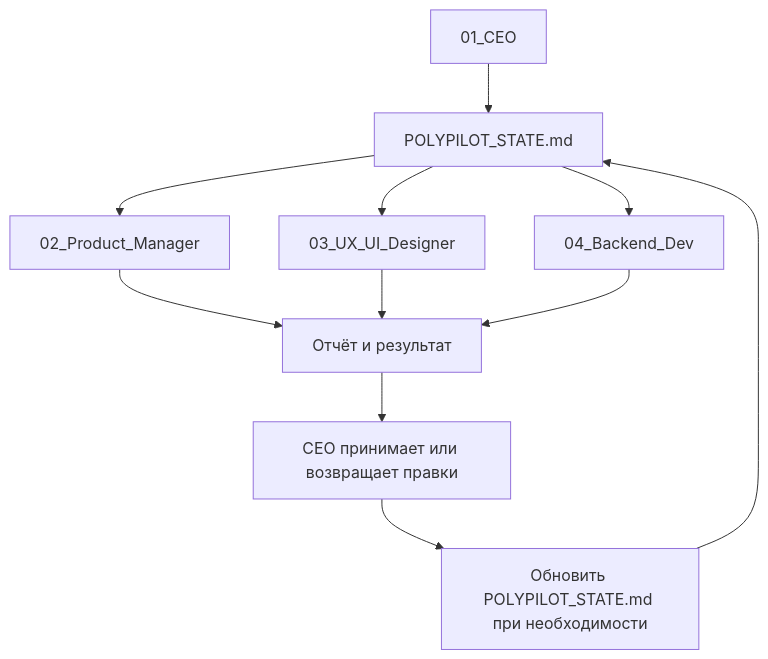
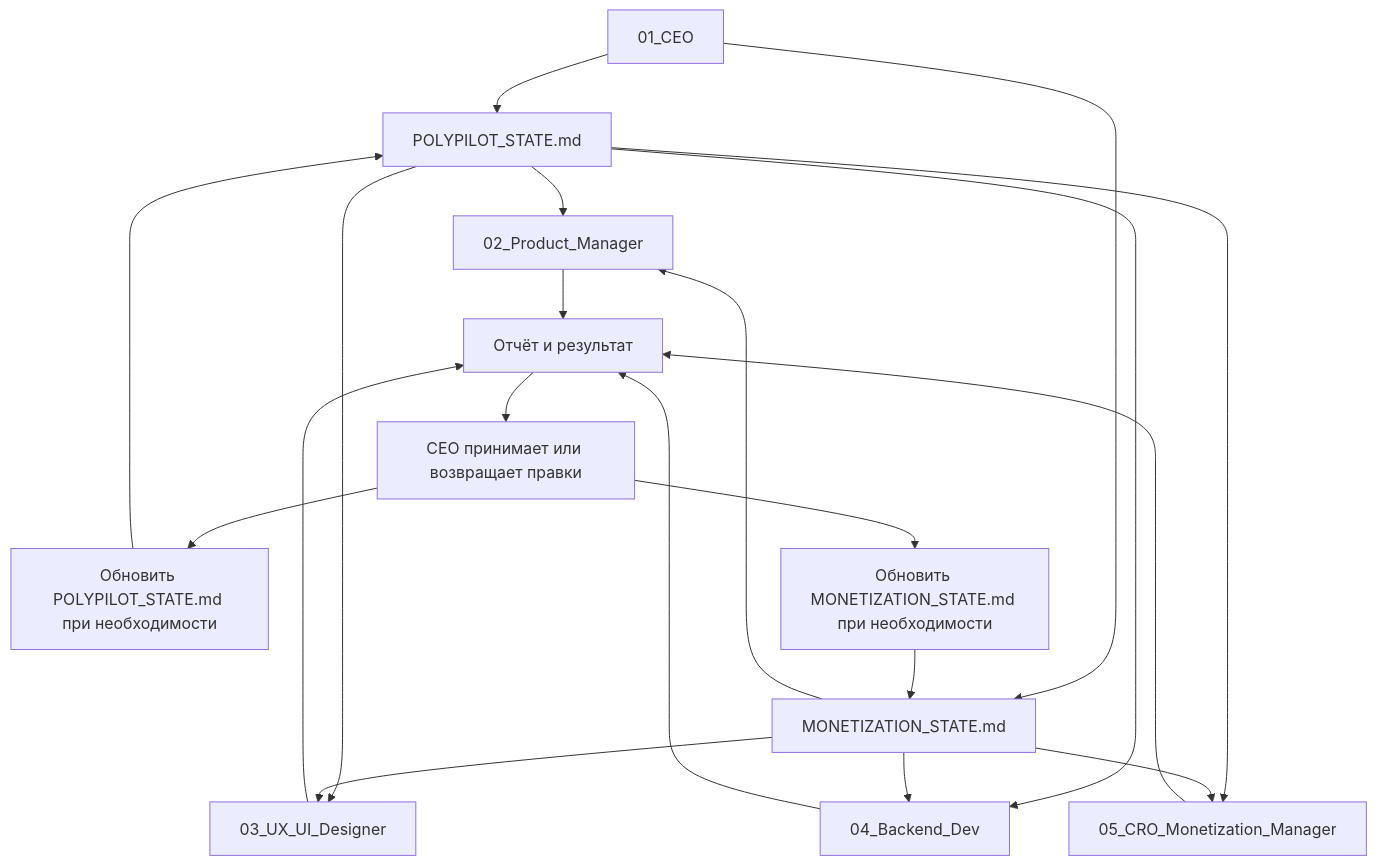
The diagram in CEO_OPERATING_SYSTEM.md (AndreySavinWB/polypilot-platform), drawn with Mermaid before and after one commit. The commit also changed other lines of this file and 30 other files, not shown here.

````diff
--- a/CEO_OPERATING_SYSTEM.md
+++ b/CEO_OPERATING_SYSTEM.md
@@ -276,13 +344,22 @@
 ```mermaid
 flowchart TD
     CEO["01_CEO"] --> State["POLYPILOT_STATE.md"]
+    CEO --> Money["MONETIZATION_STATE.md"]
     State --> Product["02_Product_Manager"]
     State --> Designer["03_UX_UI_Designer"]
     State --> Backend["04_Backend_Dev"]
+    State --> CRO["05_CRO_Monetization_Manager"]
+    Money --> Product
+    Money --> Designer
+    Money --> Backend
+    Money --> CRO
     Product --> Report["Отчёт и результат"]
     Designer --> Report
     Backend --> Report
+    CRO --> Report
     Report --> CEOReview["CEO принимает или возвращает правки"]
     CEOReview --> StateUpdate["Обновить POLYPILOT_STATE.md при необходимости"]
     StateUpdate --> State
+    CEOReview --> MoneyUpdate["Обновить MONETIZATION_STATE.md при необходимости"]
+    MoneyUpdate --> Money
 ```
````
